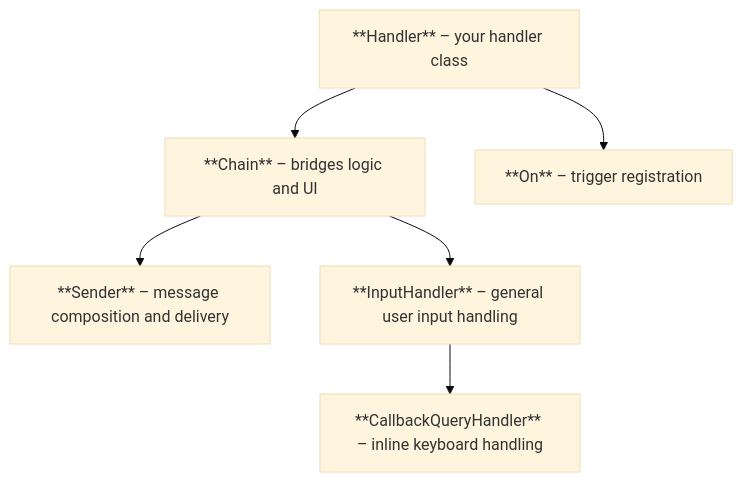
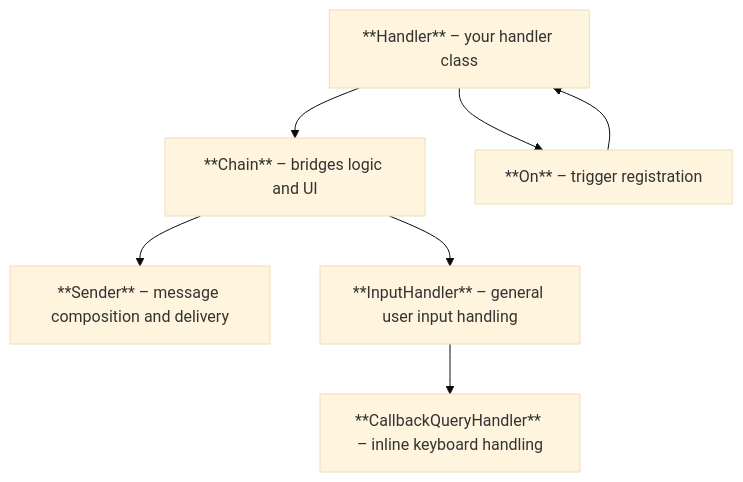
One commit to Romashkaa/telekit changed the diagram in docs/documentation/str.md. Above: the diagram before and after it, drawn with Mermaid (base theme).

Commit message:
Update documentation for Handler and Chain relationships

````diff
--- a/docs/documentation/str.md
+++ b/docs/documentation/str.md
@@ -1,20 +1,21 @@
 ```mermaid
 flowchart TD
     Handler["**Handler** – your handler class"]
 
     Handler --> Chain
     Handler --> On
+    On --> Handler
 
     Chain["**Chain** – bridges logic and UI"]
     On["**On** – trigger registration"]
 
     Chain --> Sender
     Chain --> InputHandler
 
     Sender["**Sender** – message composition and delivery"]
     InputHandler["**InputHandler** – general user input handling"]
 
     InputHandler --> CallbackQueryHandler
 
     CallbackQueryHandler["**CallbackQueryHandler** – inline keyboard handling"]
 ```
````
